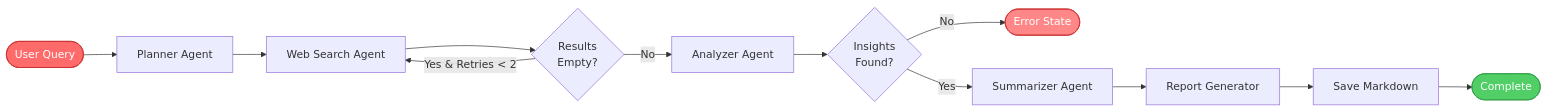
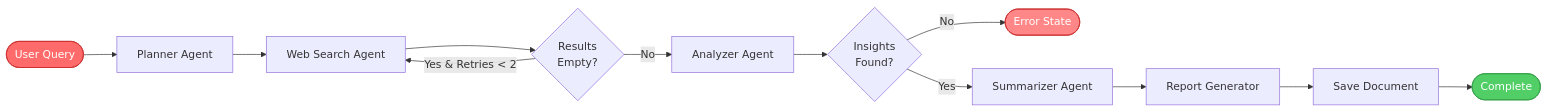
Before and after one commit to TuanMinhajSeedin/AI_Orchestra: the second of 2 diagrams in README.md, drawn with Mermaid. The commit also changed other lines of this file and 13 other files, not shown here.

````diff
--- a/README.md
+++ b/README.md
@@ -83,18 +83,18 @@
 ```mermaid
 flowchart LR
     START([User Query]) --> PLAN[Planner Agent]
     PLAN --> SEARCH[Web Search Agent]
     SEARCH --> CHECK1{Results<br/>Empty?}
     CHECK1 -->|Yes & Retries < 2| SEARCH
     CHECK1 -->|No| ANALYZE[Analyzer Agent]
     ANALYZE --> CHECK2{Insights<br/>Found?}
     CHECK2 -->|No| ERROR([Error State])
     CHECK2 -->|Yes| SUMMARIZE[Summarizer Agent]
     SUMMARIZE --> REPORT[Report Generator]
-    REPORT --> SAVE[Save Markdown]
+    REPORT --> SAVE[Save Document]
     SAVE --> END([Complete])
     
     style START fill:#FF6B6B,stroke:#C92A2A,color:#fff
     style END fill:#51CF66,stroke:#2F9E44,color:#fff
     style ERROR fill:#FF8787,stroke:#C92A2A,color:#fff
 ```
````
